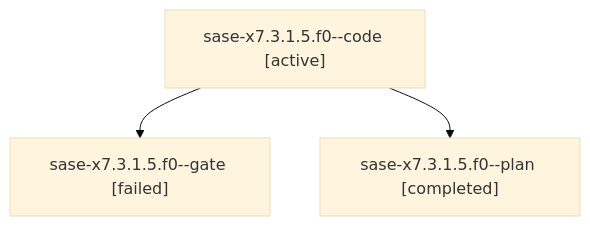
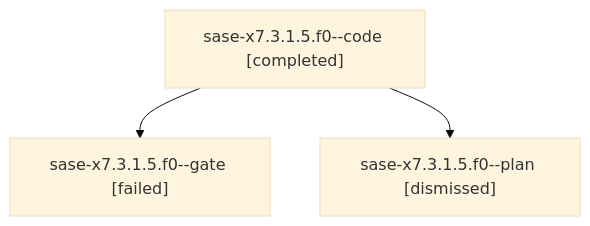
One commit to sase-org/sase--agents changed the diagram in families/bbugyi200.athena.sase-x7.3.1.5.f0.md. Above: the diagram before and after it, drawn with Mermaid (base theme). The commit also changed other lines of this file and 330 other files, not shown here.

````diff
--- a/families/bbugyi200.athena.sase-x7.3.1.5.f0.md
+++ b/families/bbugyi200.athena.sase-x7.3.1.5.f0.md
@@ -9,8 +9,8 @@
 ```mermaid
 flowchart TD
-  n0["sase-x7.3.1.5.f0--code [active]"]
+  n0["sase-x7.3.1.5.f0--code [completed]"]
   n1["sase-x7.3.1.5.f0--gate [failed]"]
   n0 --> n1
-  n2["sase-x7.3.1.5.f0--plan [completed]"]
+  n2["sase-x7.3.1.5.f0--plan [dismissed]"]
   n0 --> n2
 ```
````
